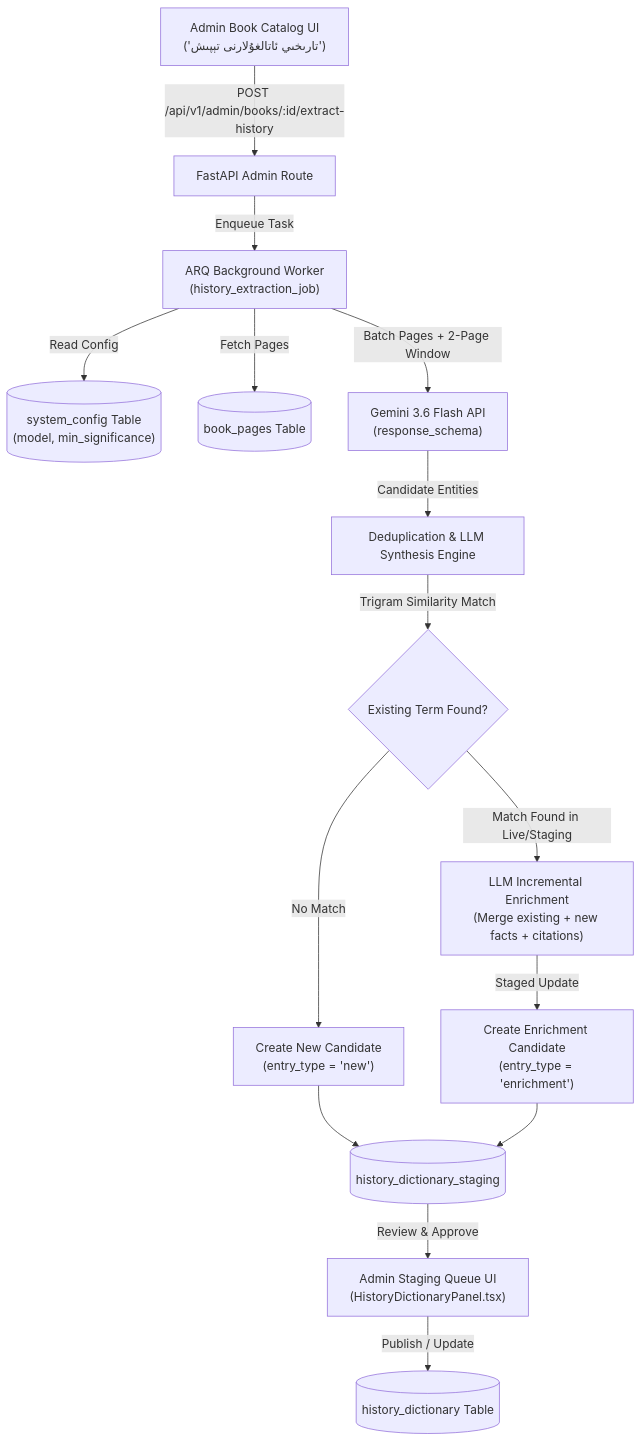
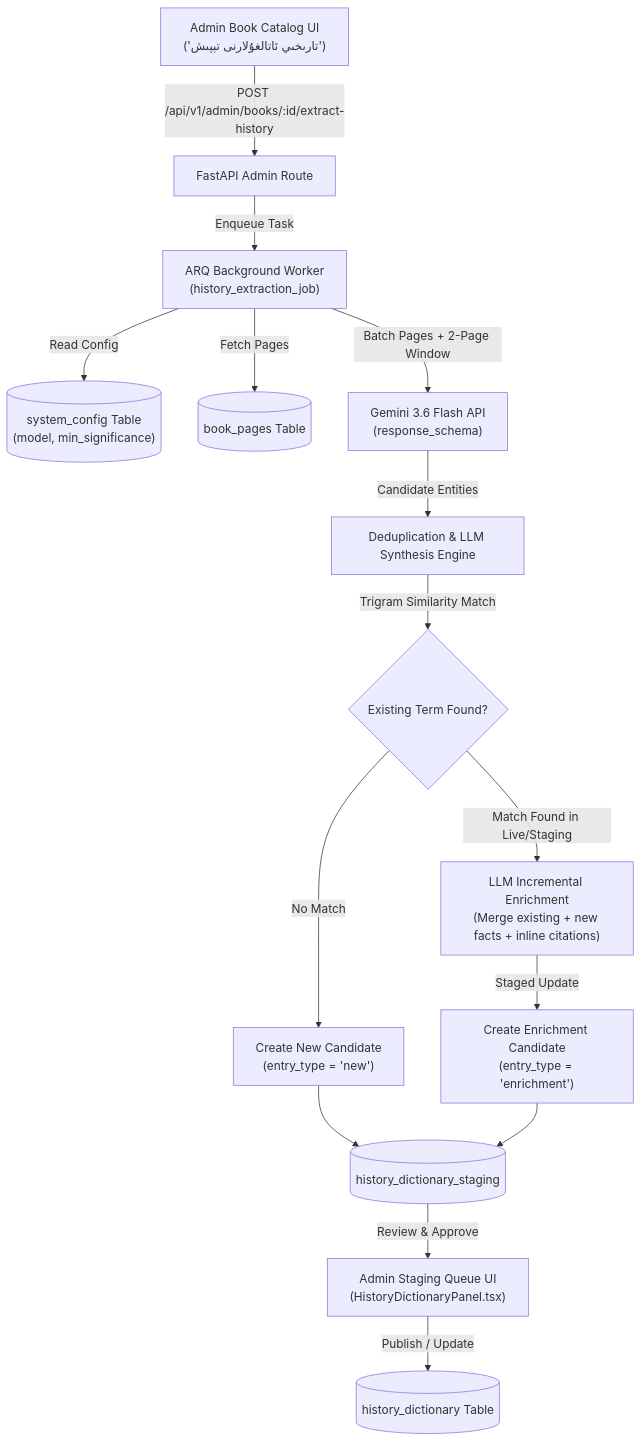
One commit to Kitabim-AI/kitabim-ai changed the diagram in docs/claude/graph-rag-gds-branch-wjqwe0/specs/2026-08-02-uyghur-history-dictionary-extraction-design.md. Above: the diagram before and after it, drawn with Mermaid. The commit also changed other lines of this file, not shown here.

Commit message:
docs: add inline footnote citations and interactive links to history extraction spec

````diff
--- a/docs/claude/graph-rag-gds-branch-wjqwe0/specs/2026-08-02-uyghur-history-dictionary-extraction-design.md
+++ b/docs/claude/graph-rag-gds-branch-wjqwe0/specs/2026-08-02-uyghur-history-dictionary-extraction-design.md
@@ -30,24 +30,24 @@
 ```mermaid
 flowchart TD
     AdminBookCatalog["Admin Book Catalog UI\n('تارىخىي ئاتالغۇلارنى تېپىش')"] -->|POST /api/v1/admin/books/:id/extract-history| FastAPIEndpoint["FastAPI Admin Route"]
     FastAPIEndpoint -->|Enqueue Task| ARQWorker["ARQ Background Worker\n(history_extraction_job)"]
     
     ARQWorker -->|Read Config| SystemConfig[("system_config Table\n(model, min_significance)")]
     ARQWorker -->|Fetch Pages| BookPages[("book_pages Table")]
     
     ARQWorker -->|Batch Pages + 2-Page Window| GeminiClient["Gemini 3.6 Flash API\n(response_schema)"]
     
     GeminiClient -->|Candidate Entities| DeduplicationEngine["Deduplication & LLM Synthesis Engine"]
     DeduplicationEngine -->|Trigram Similarity Match| DBCheck{Existing Term Found?}
     
     DBCheck -->|No Match| NewStaging["Create New Candidate\n(entry_type = 'new')"]
-    DBCheck -->|Match Found in Live/Staging| EnrichmentSynthesizer["LLM Incremental Enrichment\n(Merge existing + new facts + citations)"]
+    DBCheck -->|Match Found in Live/Staging| EnrichmentSynthesizer["LLM Incremental Enrichment\n(Merge existing + new facts + inline citations)"]
     
     EnrichmentSynthesizer -->|Staged Update| EnrichmentStaging["Create Enrichment Candidate\n(entry_type = 'enrichment')"]
     
     NewStaging --> HistoryStaging[("history_dictionary_staging")]
     EnrichmentStaging --> HistoryStaging
     
     HistoryStaging -->|Review & Approve| AdminStagingUI["Admin Staging Queue UI\n(HistoryDictionaryPanel.tsx)"]
     AdminStagingUI -->|Publish / Update| HistoryDict[("history_dictionary Table")]
 ```
````
